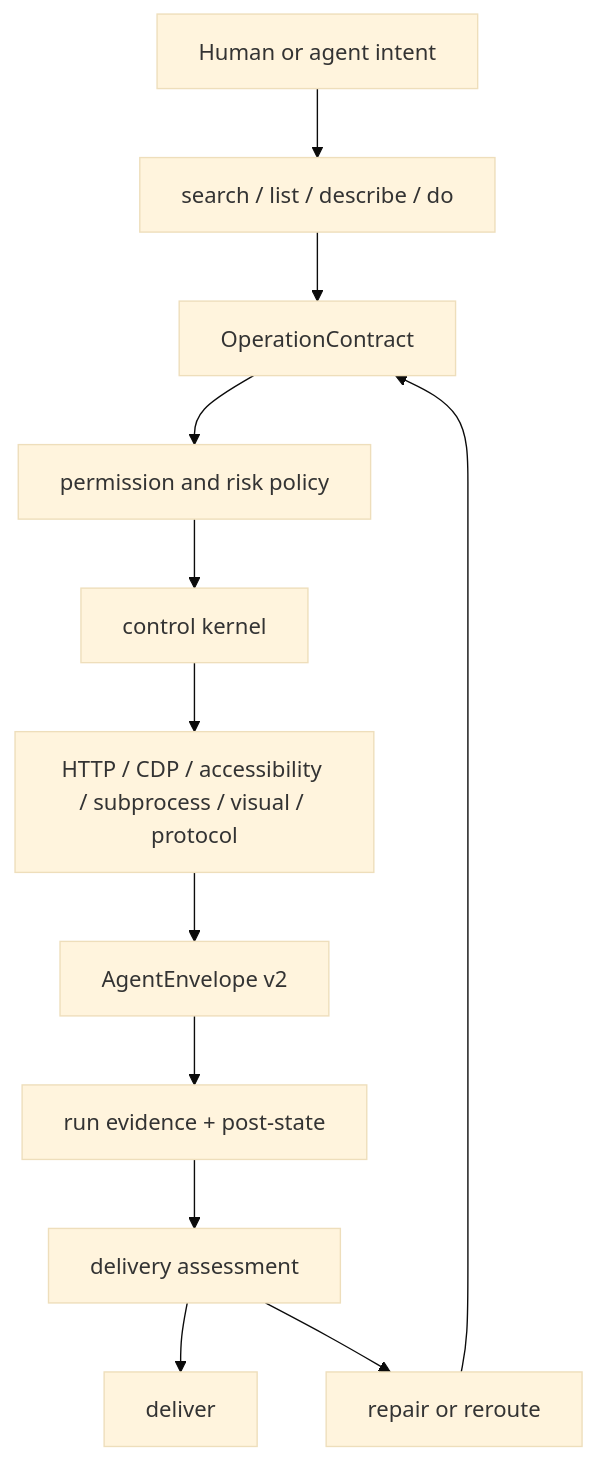
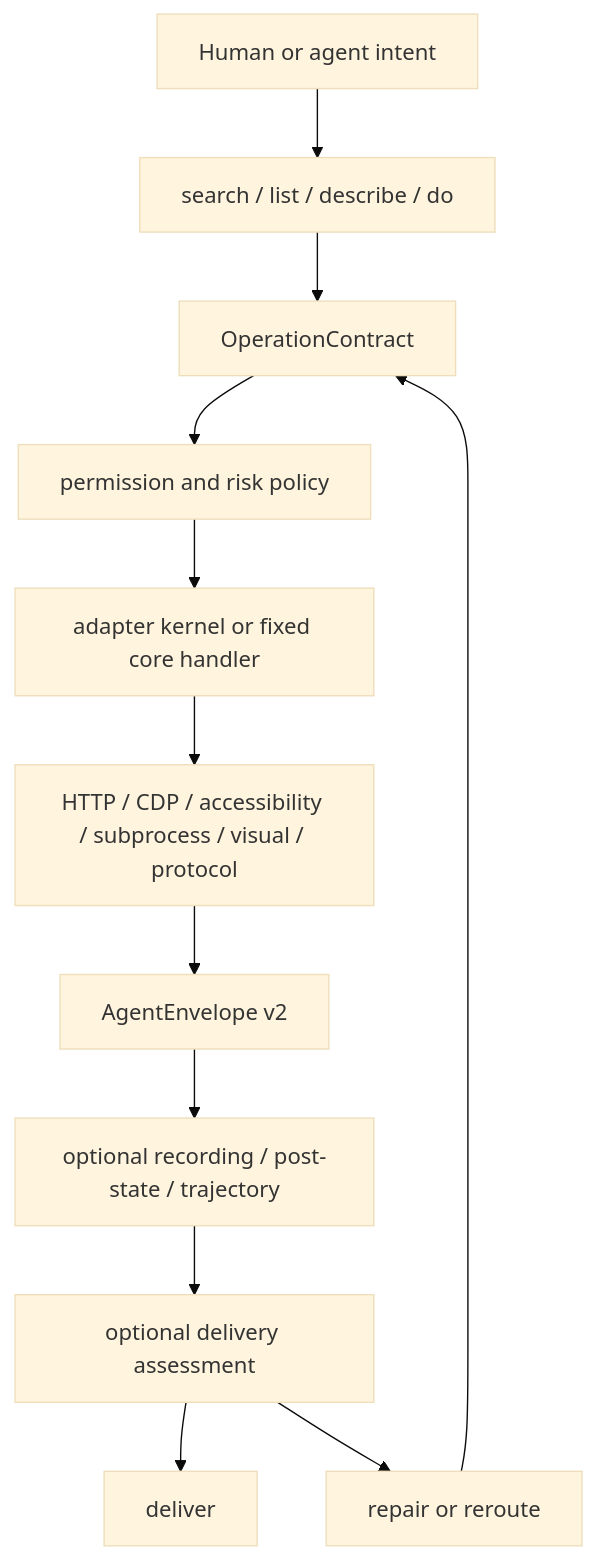
One commit to olo-dot-io/Uni-CLI changed the diagram in docs/ARCHITECTURE.md. Above: the diagram before and after it, drawn with Mermaid (base theme). The commit also changed other lines of this file and 69 other files, not shown here.

````diff
--- a/docs/ARCHITECTURE.md
+++ b/docs/ARCHITECTURE.md
@@ -218,14 +214,14 @@
 ```mermaid
 flowchart TD
   user["Human or agent intent"] --> discover["search / list / describe / do"]
   discover --> contract["OperationContract"]
   contract --> policy["permission and risk policy"]
-  policy --> kernel["control kernel"]
+  policy --> kernel["adapter kernel or fixed core handler"]
   kernel --> substrate["HTTP / CDP / accessibility / subprocess / visual / protocol"]
   substrate --> envelope["AgentEnvelope v2"]
-  envelope --> evidence["run evidence + post-state"]
-  evidence --> delivery["delivery assessment"]
+  envelope --> optional["optional recording / post-state / trajectory"]
+  optional --> delivery["optional delivery assessment"]
   delivery --> done["deliver"]
   delivery --> repair["repair or reroute"]
   repair --> contract
 ```
````
